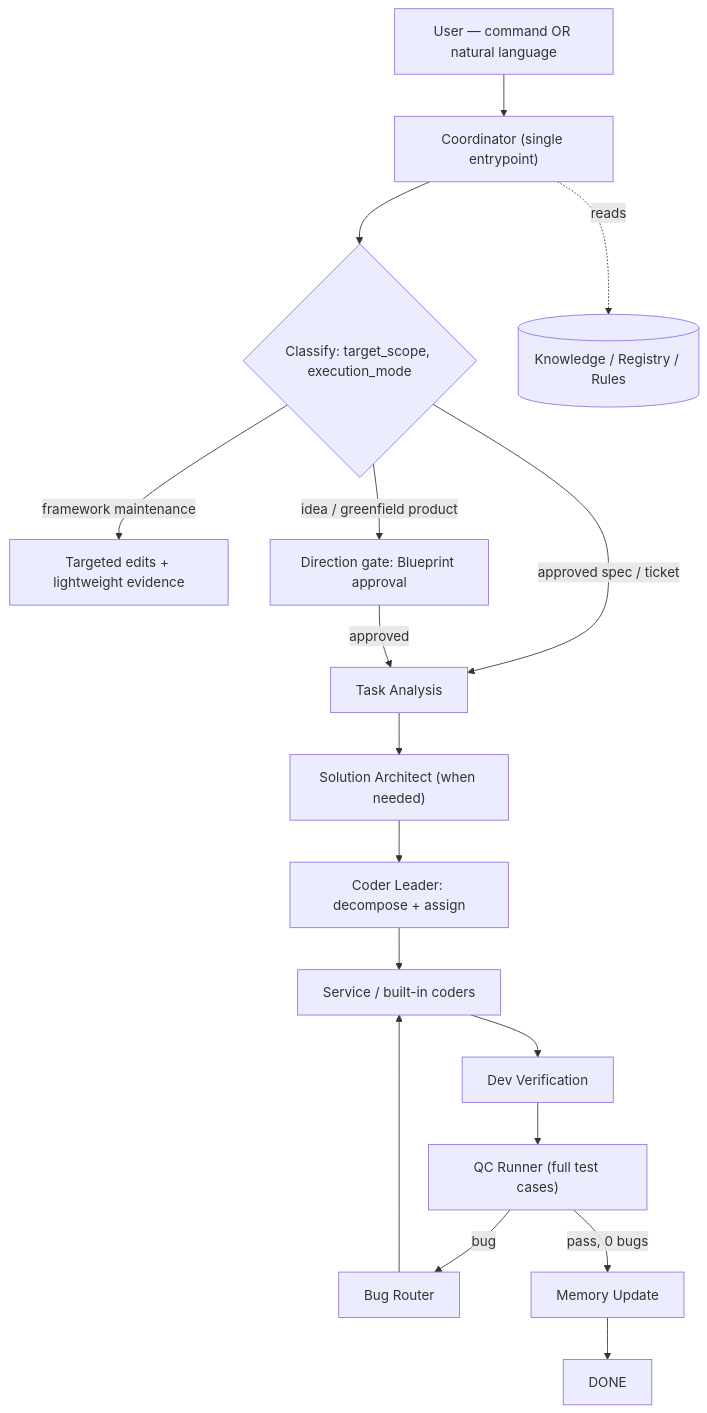
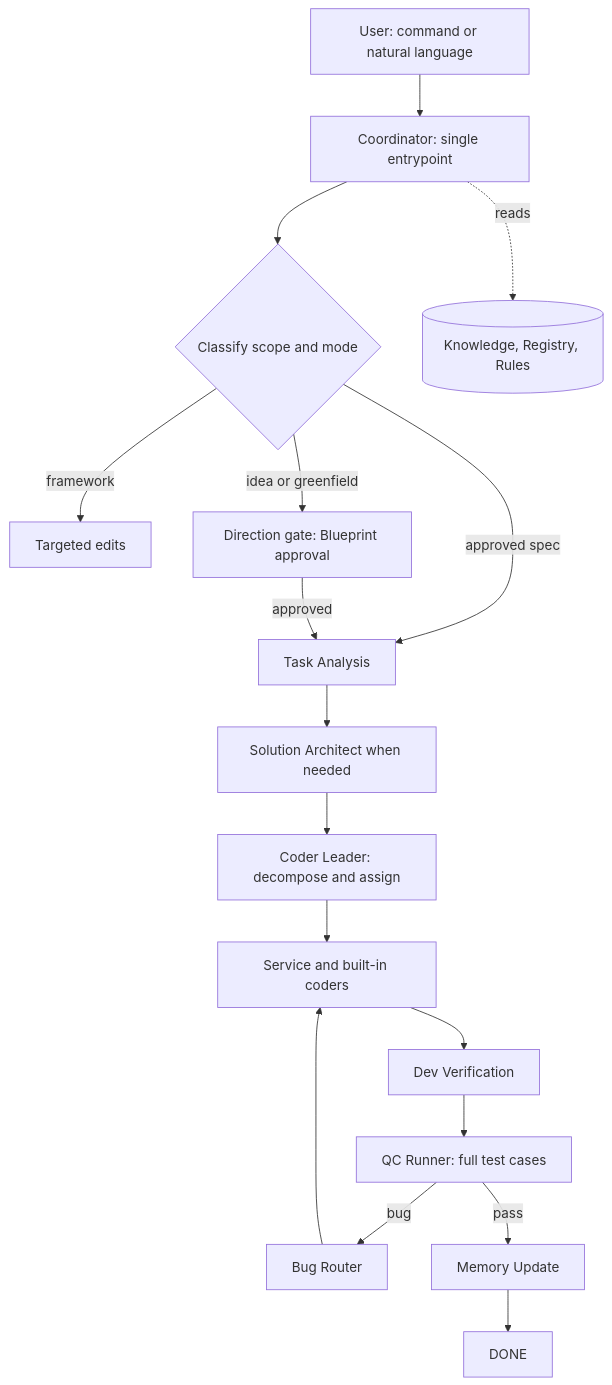
Before and after one commit to ryan-nguyen-01/agent-workspace: the first of 10 diagrams in .maestro/engine/docs/visual-flow.md, drawn with Mermaid. The commit also changed other lines of this file and 8 other files, not shown here.

First line of the commit message:
fix(diagrams): mermaid-safe syntax + single source; docs link to visual-flow

````diff
--- a/.maestro/engine/docs/visual-flow.md
+++ b/.maestro/engine/docs/visual-flow.md
@@ -9,17 +13,19 @@
 ```mermaid
 flowchart TD
-  U["User — command OR natural language"] --> C["Coordinator (single entrypoint)"]
-  C --> CL{"Classify: target_scope, execution_mode"}
-  CL -->|framework maintenance| FM["Targeted edits + lightweight evidence"]
-  CL -->|idea / greenfield product| DG["Direction gate: Blueprint approval"]
-  CL -->|approved spec / ticket| TA["Task Analysis"]
+  U["User: command or natural language"] --> C["Coordinator: single entrypoint"]
+  C --> CL{"Classify scope and mode"}
+  CL -->|framework| FM["Targeted edits"]
+  CL -->|idea or greenfield| DG["Direction gate: Blueprint approval"]
+  CL -->|approved spec| TA["Task Analysis"]
   DG -->|approved| TA
-  TA --> SA["Solution Architect (when needed)"]
-  SA --> PL["Coder Leader: decompose + assign"]
-  PL --> CO["Service / built-in coders"]
+  TA --> SA["Solution Architect when needed"]
+  SA --> PL["Coder Leader: decompose and assign"]
+  PL --> CO["Service and built-in coders"]
   CO --> DV["Dev Verification"]
-  DV --> QC["QC Runner (full test cases)"]
-  QC -->|bug| BR["Bug Router"] --> CO
-  QC -->|pass, 0 bugs| MEM["Memory Update"] --> DONE["DONE"]
-  C -. reads .-> KB[("Knowledge / Registry / Rules")]
+  DV --> QC["QC Runner: full test cases"]
+  QC -->|bug| BR["Bug Router"]
+  BR --> CO
+  QC -->|pass| MEM["Memory Update"]
+  MEM --> DONE["DONE"]
+  C -.reads.-> KB[("Knowledge, Registry, Rules")]
 ```
````
